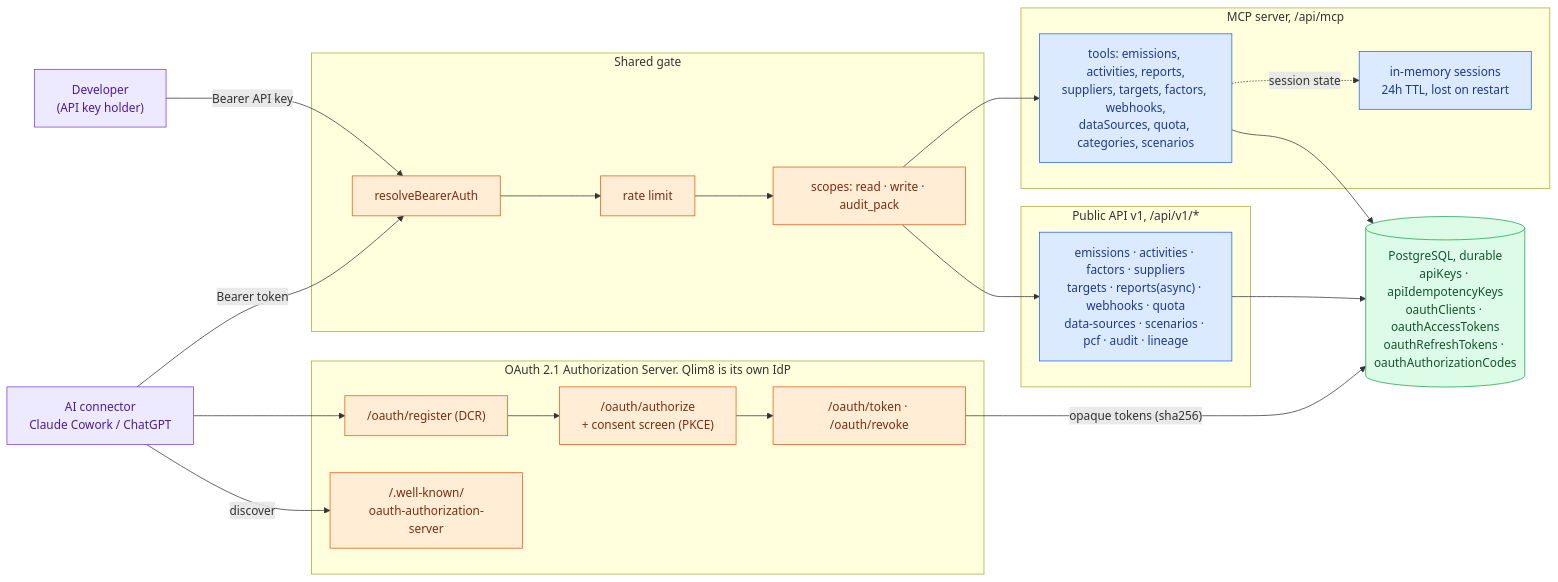
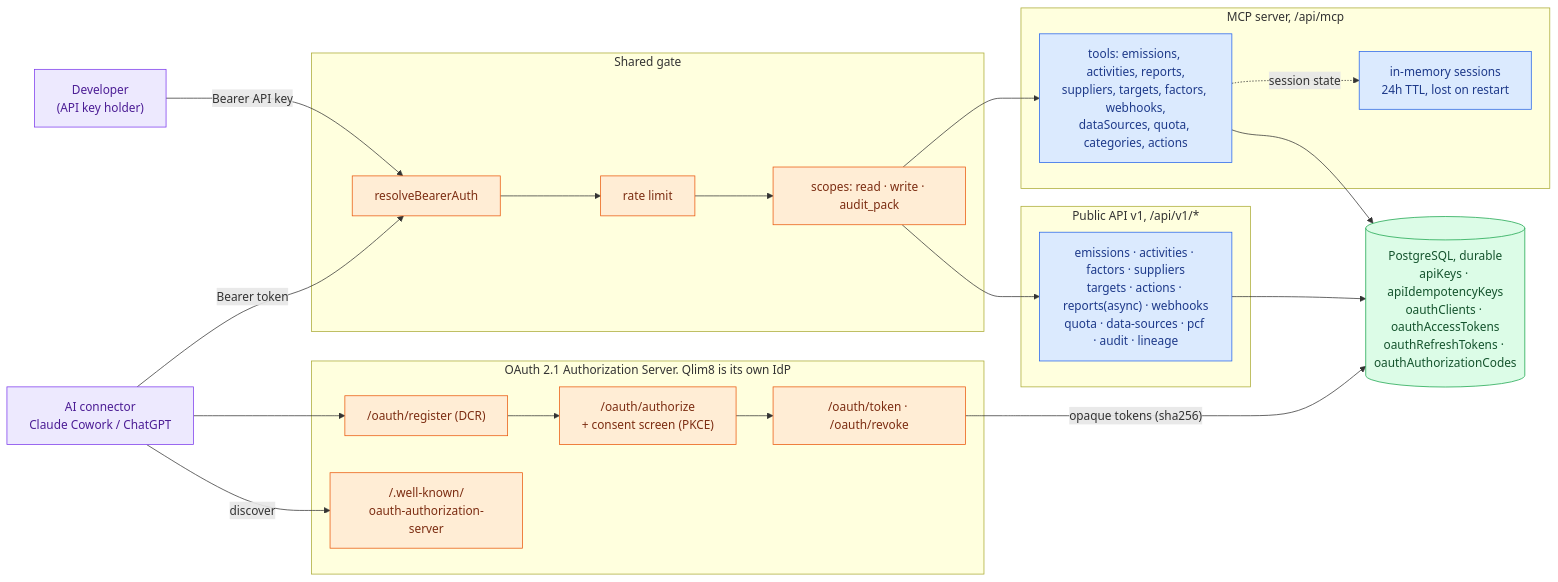
One commit to madsdlund-nielsen/qlim8-landing changed the diagram in docs/diagrams/mmd/03-api-agent-surface.mmd. Above: the diagram before and after it, drawn with Mermaid. The commit also changed 28 other files, not shown here.

```diff
--- a/docs/diagrams/mmd/03-api-agent-surface.mmd
+++ b/docs/diagrams/mmd/03-api-agent-surface.mmd
@@ -1,50 +1,50 @@
 %% qlim8, Public API + AI-agent integration surface (Diagram 3).
 %% qlim8 is its OWN OAuth 2.1 IdP. v1 and MCP share auth + rate limiting.
 flowchart LR
   dev["Developer<br/>(API key holder)"]
   connector["AI connector<br/>Claude Cowork / ChatGPT"]
 
   subgraph as["OAuth 2.1 Authorization Server. Qlim8 is its own IdP"]
     disc["/.well-known/<br/>oauth-authorization-server"]
     reg["/oauth/register (DCR)"]
     authz["/oauth/authorize<br/>+ consent screen (PKCE)"]
     token["/oauth/token · /oauth/revoke"]
   end
 
   subgraph shared["Shared gate"]
     bearer["resolveBearerAuth"]
     rl["rate limit"]
     scopes["scopes: read · write · audit_pack"]
   end
 
   subgraph v1["Public API v1, /api/v1/*"]
-    v1r["emissions · activities · factors · suppliers<br/>targets · reports(async) · webhooks · quota<br/>data-sources · scenarios · pcf · audit · lineage"]
+    v1r["emissions · activities · factors · suppliers<br/>targets · actions · reports(async) · webhooks<br/>quota · data-sources · pcf · audit · lineage"]
   end
 
   subgraph mcp["MCP server, /api/mcp"]
-    mcptools["tools: emissions, activities, reports,<br/>suppliers, targets, factors, webhooks,<br/>dataSources, quota, categories, scenarios"]
+    mcptools["tools: emissions, activities, reports,<br/>suppliers, targets, factors, webhooks,<br/>dataSources, quota, categories, actions"]
     mcpsess["in-memory sessions<br/>24h TTL, lost on restart"]
   end
 
   pg[("PostgreSQL, durable<br/>apiKeys · apiIdempotencyKeys<br/>oauthClients · oauthAccessTokens<br/>oauthRefreshTokens · oauthAuthorizationCodes")]
 
   dev -->|"Bearer API key"| bearer
   connector -->|discover| disc
   connector --> reg --> authz --> token
   token -->|"opaque tokens (sha256)"| pg
   connector -->|"Bearer token"| bearer
   bearer --> rl --> scopes
   scopes --> v1r
   scopes --> mcptools
   v1r --> pg
   mcptools --> pg
   mcptools -. session state .-> mcpsess
 
   classDef internal fill:#dbeafe,stroke:#2563eb,color:#1e3a8a;
   classDef store fill:#dcfce7,stroke:#16a34a,color:#14532d;
   classDef security fill:#ffedd5,stroke:#ea580c,color:#7c2d12;
   classDef persona fill:#ede9fe,stroke:#7c3aed,color:#4c1d95;
   class dev,connector persona;
   class disc,reg,authz,token,bearer,rl,scopes security;
   class v1r,mcptools,mcpsess internal;
   class pg store;
```
